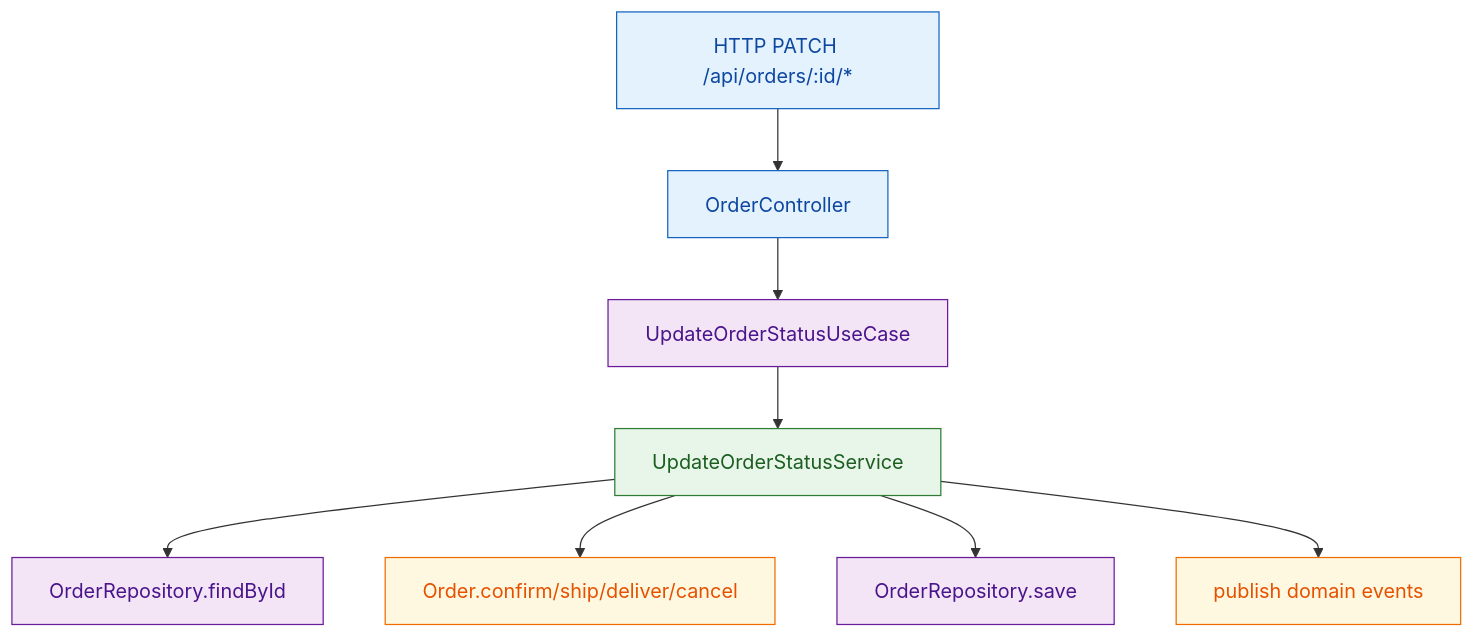
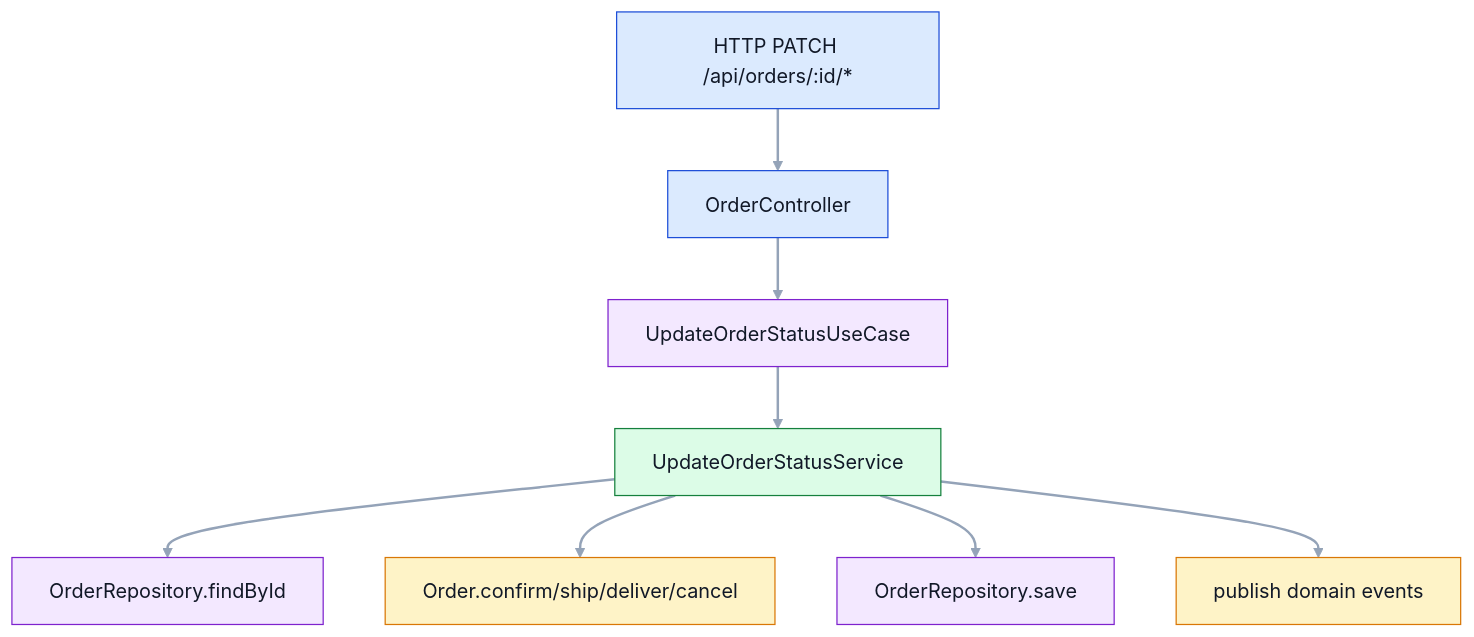
One commit to VirtualCave/modern-architecture-patterns changed the second of 5 diagrams in hexagonal/README.md. Above: the diagram before and after it, drawn with Mermaid. The commit also changed other lines of this file and 4 other files, not shown here.

````diff
--- a/hexagonal/README.md
+++ b/hexagonal/README.md
@@ -65,20 +76,23 @@
 ```mermaid
+%%{init: {'theme':'base','themeVariables': {'background':'transparent','primaryTextColor':'#111827','lineColor':'#94A3B8'}}}%%
 flowchart TD
 	A[HTTP PATCH /api/orders/:id/*] --> B[OrderController]
 	B --> C[UpdateOrderStatusUseCase]
 	C --> D[UpdateOrderStatusService]
 	D --> E[OrderRepository.findById]
 	D --> F[Order.confirm/ship/deliver/cancel]
 	D --> G[OrderRepository.save]
 	D --> H[publish domain events]
 
-	classDef entry fill:#E3F2FD,stroke:#1565C0,stroke-width:1px,color:#0D47A1;
-	classDef app fill:#E8F5E9,stroke:#2E7D32,stroke-width:1px,color:#1B5E20;
-	classDef domain fill:#FFF8E1,stroke:#EF6C00,stroke-width:1px,color:#E65100;
-	classDef port fill:#F3E5F5,stroke:#6A1B9A,stroke-width:1px,color:#4A148C;
+  linkStyle default stroke:#94A3B8,stroke-width:2px;
+
+  classDef entry fill:#DBEAFE,stroke:#1D4ED8,stroke-width:1px,color:#111827;
+  classDef app fill:#DCFCE7,stroke:#15803D,stroke-width:1px,color:#111827;
+  classDef domain fill:#FEF3C7,stroke:#D97706,stroke-width:1px,color:#111827;
+  classDef port fill:#F3E8FF,stroke:#7E22CE,stroke-width:1px,color:#111827;
 
 	class A,B entry;
 	class C,E,G port;
 	class D app;
 	class F,H domain;
 ```
````
